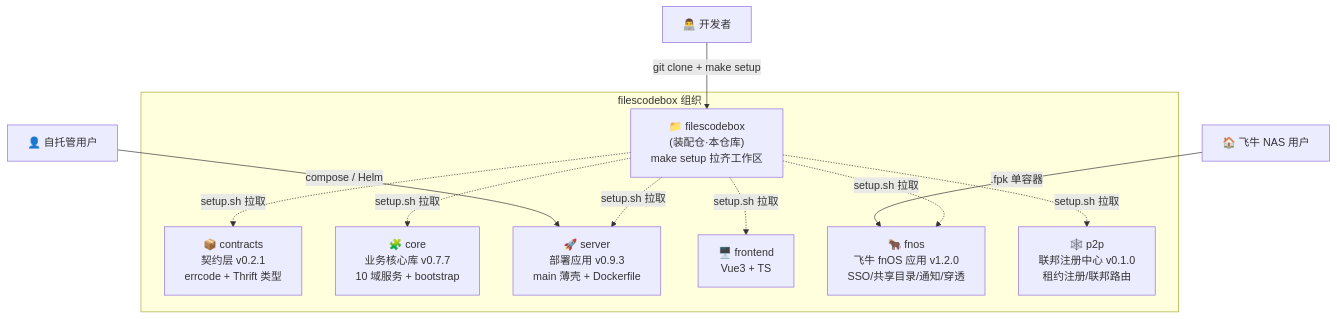
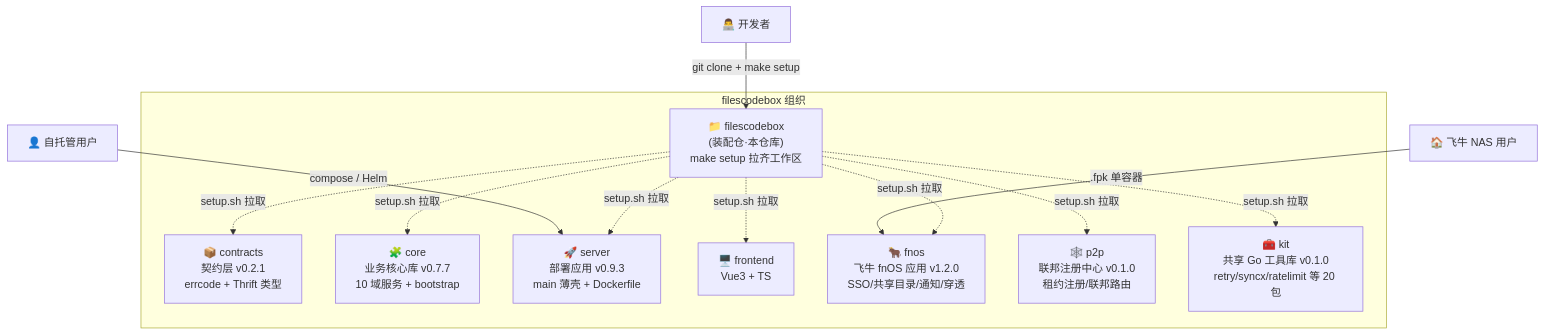
One commit to filescodebox/FilesCodeBox changed the first of 8 diagrams in docs/architecture.md. Above: the diagram before and after it, drawn with Mermaid. The commit also changed other lines of this file and 5 other files, not shown here.

First line of the commit message:
feat: 接线 kit 共享 Go 工具库——go.work/Makefile/setup.sh/文档

````diff
--- a/docs/architecture.md
+++ b/docs/architecture.md
@@ -10,18 +10,19 @@
 ```mermaid
 graph TB
     subgraph ORG["filescodebox 组织"]
         UMB["📁 filescodebox<br/>(装配仓·本仓库)<br/>make setup 拉齐工作区"]
         CT["📦 contracts<br/>契约层 v0.2.1<br/>errcode + Thrift 类型"]
         CORE["🧩 core<br/>业务核心库 v0.7.7<br/>10 域服务 + bootstrap"]
         SRV["🚀 server<br/>部署应用 v0.9.3<br/>main 薄壳 + Dockerfile"]
         FE["🖥️ frontend<br/>Vue3 + TS"]
         FNOS["🐂 fnos<br/>飞牛 fnOS 应用 v1.2.0<br/>SSO/共享目录/通知/穿透"]
         P2P["🕸️ p2p<br/>联邦注册中心 v0.1.0<br/>租约注册/联邦路由"]
+        KIT["🧰 kit<br/>共享 Go 工具库 v0.1.0<br/>retry/syncx/ratelimit 等 20 包"]
     end
 
     USER["👤 自托管用户"] -->|"compose / Helm"| SRV
     NAS["🏠 飞牛 NAS 用户"] -->|".fpk 单容器"| FNOS
     DEV["👨‍💻 开发者"] -->|"git clone + make setup"| UMB
 
-    UMB -.->|"setup.sh 拉取"| CT & CORE & SRV & FE & FNOS & P2P
+    UMB -.->|"setup.sh 拉取"| CT & CORE & SRV & FE & FNOS & P2P & KIT
 ```
````
